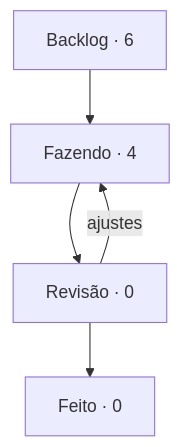
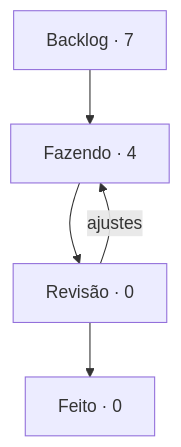
The diagram in boards/harness/BOARD.md (StudioVibi/VibiKanban), drawn with Mermaid before and after one commit. The commit also changed other lines of this file and 2 other files, not shown here.

````diff
--- a/boards/harness/BOARD.md
+++ b/boards/harness/BOARD.md
@@ -5,10 +5,10 @@
 ```mermaid
 flowchart TD
-  backlog["Backlog · 6"] --> doing["Fazendo · 4"]
+  backlog["Backlog · 7"] --> doing["Fazendo · 4"]
   doing --> review["Revisão · 0"]
   review --> done["Feito · 0"]
   review -->|ajustes| doing
   doing:::blue
   review:::yellow
   done:::green
 ```
````
